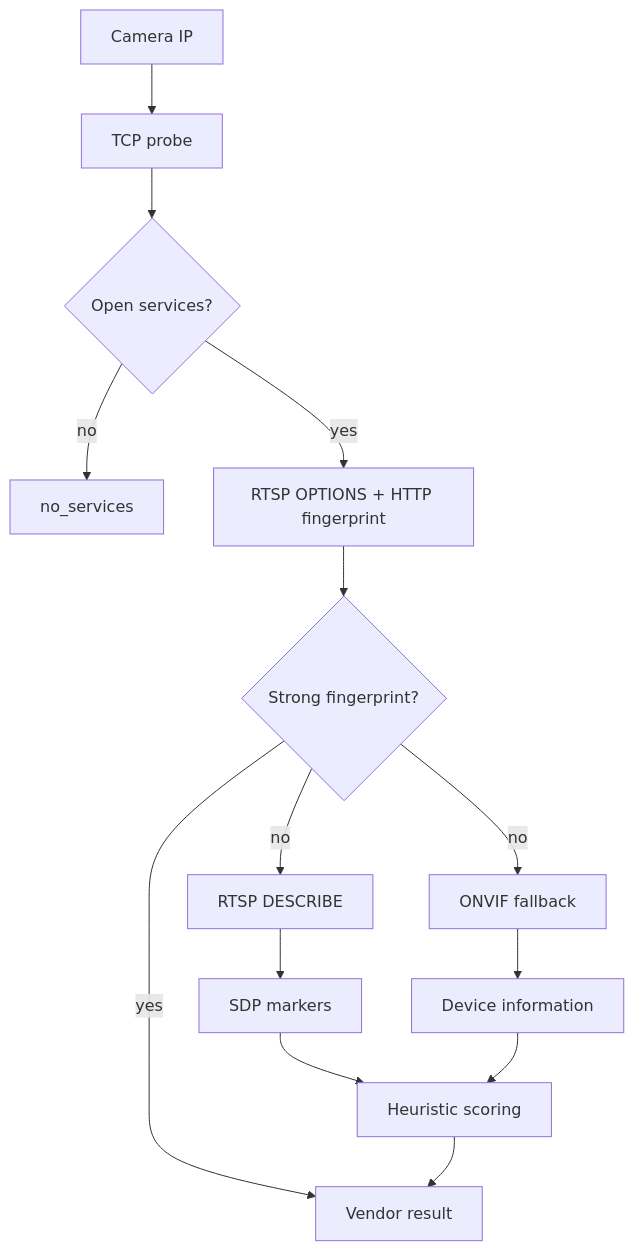
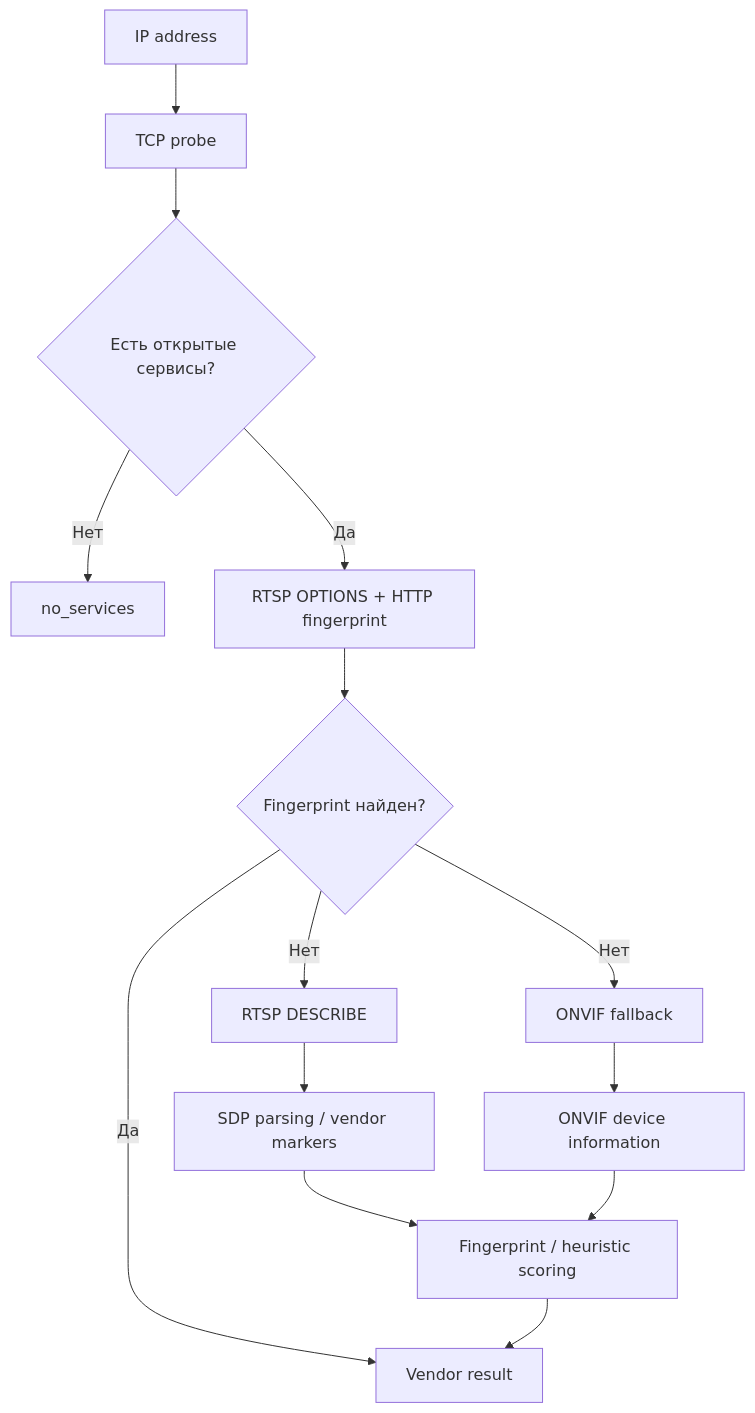
Before and after one commit to drycov/camera-probe: the first of 3 diagrams in README.md, drawn with Mermaid. The commit also changed other lines of this file, not shown here.

````diff
--- a/README.md
+++ b/README.md
@@ -76,16 +121,16 @@
 ```mermaid
 flowchart TD
-    A[Camera IP] --> B[TCP probe]
-    B --> C{Open services?}
-    C -- no --> Z[no_services]
-    C -- yes --> D[RTSP OPTIONS + HTTP fingerprint]
-    D --> E{Strong fingerprint?}
-    E -- yes --> F[Vendor result]
-    E -- no --> G[RTSP DESCRIBE]
-    E -- no --> H[ONVIF fallback]
-    G --> I[SDP markers]
-    H --> J[Device information]
-    I --> K[Heuristic scoring]
+    A[IP address] --> B[TCP probe]
+    B --> C{Есть открытые сервисы?}
+    C -- Нет --> Z[no_services]
+    C -- Да --> D[RTSP OPTIONS + HTTP fingerprint]
+    D --> E{Fingerprint найден?}
+    E -- Да --> F[Vendor result]
+    E -- Нет --> G[RTSP DESCRIBE]
+    E -- Нет --> H[ONVIF fallback]
+    G --> I[SDP parsing / vendor markers]
+    H --> J[ONVIF device information]
+    I --> K[Fingerprint / heuristic scoring]
     J --> K
     K --> F
 ```
````
